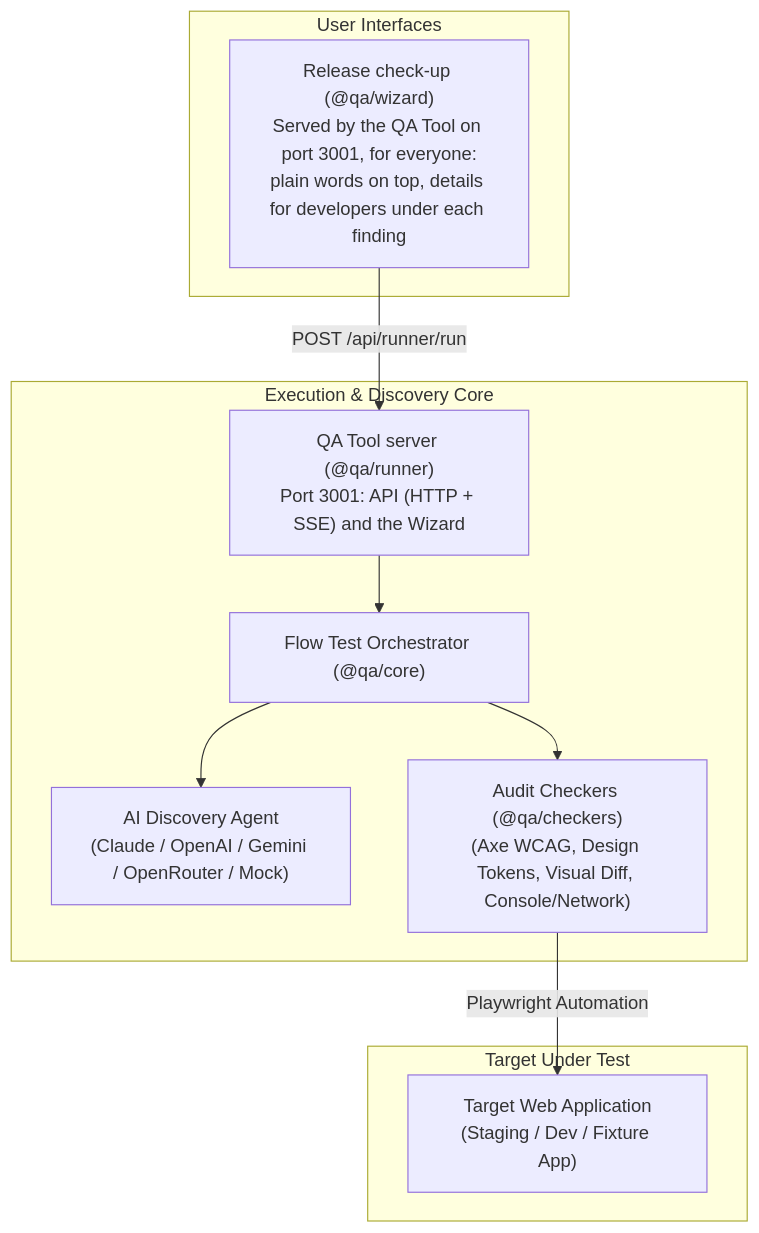
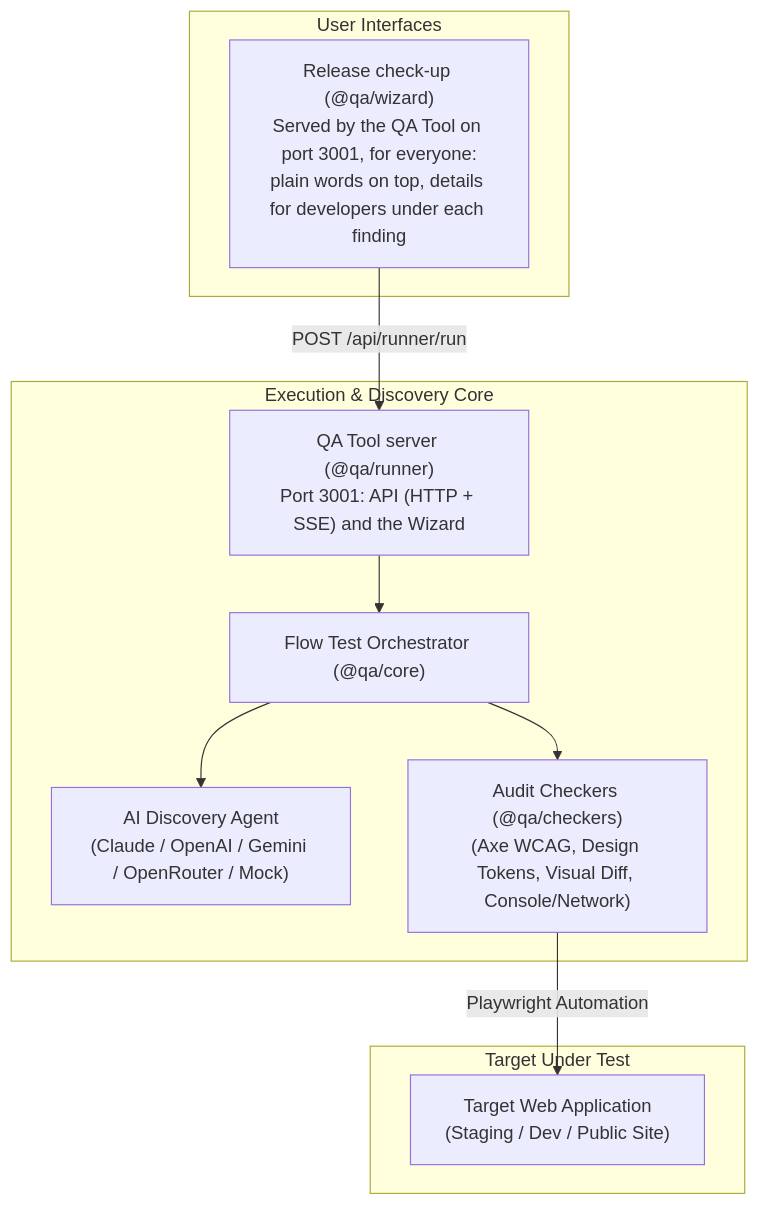
Before and after one commit to CJCreator/qa-flow-tester: the diagram in README.md, drawn with Mermaid. The commit also changed other lines of this file and 164 other files, not shown here.

````diff
--- a/README.md
+++ b/README.md
@@ -33,23 +33,23 @@
 ```mermaid
 flowchart TD
     subgraph UI ["User Interfaces"]
         Wizard["Release check-up (@qa/wizard)\nServed by the QA Tool on port 3001, for everyone:\nplain words on top, details for developers under each finding"]
     end
 
     subgraph CoreEngine ["Execution & Discovery Core"]
         Runner["QA Tool server (@qa/runner)\nPort 3001: API (HTTP + SSE) and the Wizard"]
         Orchestrator["Flow Test Orchestrator (@qa/core)"]
         AI["AI Discovery Agent\n(Claude / OpenAI / Gemini / OpenRouter / Mock)"]
         Checkers["Audit Checkers (@qa/checkers)\n(Axe WCAG, Design Tokens, Visual Diff, Console/Network)"]
     end
 
     subgraph Target ["Target Under Test"]
-        App["Target Web Application\n(Staging / Dev / Fixture App)"]
+        App["Target Web Application\n(Staging / Dev / Public Site)"]
     end
 
     Wizard -->|POST /api/runner/run| Runner
     Runner --> Orchestrator
     Orchestrator --> AI
     Orchestrator --> Checkers
     Checkers -->|Playwright Automation| App
 ```
````
